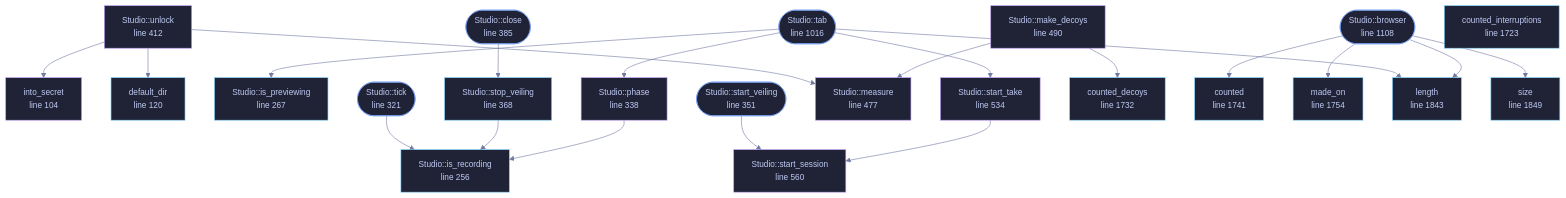
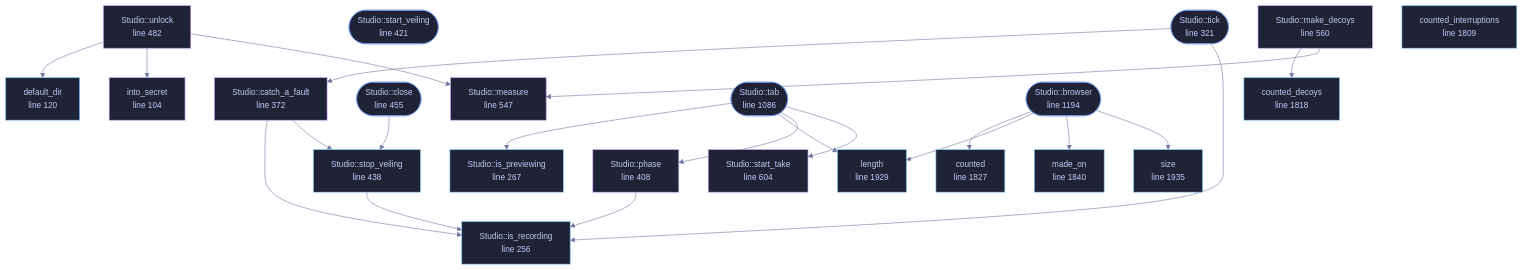
One commit to tilas01/veilvoice changed the diagram in wiki/File-veilvoice-gui-studio.md. Above: the diagram before and after it, drawn with Mermaid. The commit also changed other lines of this file and 23 other files, not shown here.

First line of the commit message:
studio: a failsafe of its own, and a take that says what it keeps

````diff
--- a/wiki/File-veilvoice-gui-studio.md
+++ b/wiki/File-veilvoice-gui-studio.md
@@ -156,73 +156,74 @@
 ```mermaid
 %%{init: {"theme":"base","themeVariables":{"background":"#1a1b26","primaryColor":"#1f2335","primaryTextColor":"#c0caf5","primaryBorderColor":"#7aa2f7","secondaryColor":"#16161e","tertiaryColor":"#16161e","lineColor":"#737aa2","textColor":"#c0caf5","mainBkg":"#1f2335","nodeBorder":"#7aa2f7","clusterBkg":"#16161e","clusterBorder":"#2f3549","fontFamily":"ui-monospace, SFMono-Regular, Consolas, monospace","fontSize":"14px"}}}%%
 flowchart TD
     n_into_secret["into_secret<br/>line 104"]
     n_default_dir["default_dir<br/>line 120"]
     n_is_recording["Studio::is_recording<br/>line 256"]
     n_is_previewing["Studio::is_previewing<br/>line 267"]
     n_tick(["Studio::tick<br/>line 321"])
-    n_phase["Studio::phase<br/>line 338"]
-    n_start_veiling(["Studio::start_veiling<br/>line 351"])
-    n_stop_veiling["Studio::stop_veiling<br/>line 368"]
-    n_close(["Studio::close<br/>line 385"])
-    n_unlock["Studio::unlock<br/>line 412"]
-    n_measure["Studio::measure<br/>line 477"]
-    n_make_decoys["Studio::make_decoys<br/>line 490"]
-    n_start_take["Studio::start_take<br/>line 534"]
-    n_start_session["Studio::start_session<br/>line 560"]
-    n_tab(["Studio::tab<br/>line 1016"])
-    n_browser(["Studio::browser<br/>line 1108"])
-    n_counted_interruptions["counted_interruptions<br/>line 1723"]
-    n_counted_decoys["counted_decoys<br/>line 1732"]
-    n_counted["counted<br/>line 1741"]
-    n_made_on["made_on<br/>line 1754"]
-    n_length["length<br/>line 1843"]
-    n_size["size<br/>line 1849"]
+    n_catch_a_fault["Studio::catch_a_fault<br/>line 372"]
+    n_phase["Studio::phase<br/>line 408"]
+    n_start_veiling(["Studio::start_veiling<br/>line 421"])
+    n_stop_veiling["Studio::stop_veiling<br/>line 438"]
+    n_close(["Studio::close<br/>line 455"])
+    n_unlock["Studio::unlock<br/>line 482"]
+    n_measure["Studio::measure<br/>line 547"]
+    n_make_decoys["Studio::make_decoys<br/>line 560"]
+    n_start_take["Studio::start_take<br/>line 604"]
+    n_tab(["Studio::tab<br/>line 1086"])
+    n_browser(["Studio::browser<br/>line 1194"])
+    n_counted_interruptions["counted_interruptions<br/>line 1809"]
+    n_counted_decoys["counted_decoys<br/>line 1818"]
+    n_counted["counted<br/>line 1827"]
+    n_made_on["made_on<br/>line 1840"]
+    n_length["length<br/>line 1929"]
+    n_size["size<br/>line 1935"]
     n_browser --> n_counted
     n_browser --> n_length
     n_browser --> n_made_on
     n_browser --> n_size
+    n_catch_a_fault --> n_is_recording
+    n_catch_a_fault --> n_stop_veiling
     n_close --> n_stop_veiling
     n_make_decoys --> n_counted_decoys
     n_make_decoys --> n_measure
     n_phase --> n_is_recording
-    n_start_take --> n_start_session
-    n_start_veiling --> n_start_session
     n_stop_veiling --> n_is_recording
     n_tab --> n_is_previewing
     n_tab --> n_length
     n_tab --> n_phase
     n_tab --> n_start_take
+    n_tick --> n_catch_a_fault
     n_tick --> n_is_recording
     n_unlock --> n_default_dir
     n_unlock --> n_into_secret
     n_unlock --> n_measure
     click n_into_secret href "https://github.com/tilas01/veilvoice/blob/main/crates/veilvoice-gui/src/studio.rs#L104" "open the source"
     click n_default_dir href "https://github.com/tilas01/veilvoice/blob/main/crates/veilvoice-gui/src/studio.rs#L120" "open the source"
     click n_is_recording href "https://github.com/tilas01/veilvoice/blob/main/crates/veilvoice-gui/src/studio.rs#L256" "open the source"
     click n_is_previewing href "https://github.com/tilas01/veilvoice/blob/main/crates/veilvoice-gui/src/studio.rs#L267" "open the source"
     click n_tick href "https://github.com/tilas01/veilvoice/blob/main/crates/veilvoice-gui/src/studio.rs#L321" "open the source"
-    click n_phase href "https://github.com/tilas01/veilvoice/blob/main/crates/veilvoice-gui/src/studio.rs#L338" "open the source"
-    click n_start_veiling href "https://github.com/tilas01/veilvoice/blob/main/crates/veilvoice-gui/src/studio.rs#L351" "open the source"
-    click n_stop_veiling href "https://github.com/tilas01/veilvoice/blob/main/crates/veilvoice-gui/src/studio.rs#L368" "open the source"
-    click n_close href "https://github.com/tilas01/veilvoice/blob/main/crates/veilvoice-gui/src/studio.rs#L385" "open the source"
-    click n_unlock href "https://github.com/tilas01/veilvoice/blob/main/crates/veilvoice-gui/src/studio.rs#L412" "open the source"
-    click n_measure href "https://github.com/tilas01/veilvoice/blob/main/crates/veilvoice-gui/src/studio.rs#L477" "open the source"
-    click n_make_decoys href "https://github.com/tilas01/veilvoice/blob/main/crates/veilvoice-gui/src/studio.rs#L490" "open the source"
-    click n_start_take href "https://github.com/tilas01/veilvoice/blob/main/crates/veilvoice-gui/src/studio.rs#L534" "open the source"
-    click n_start_session href "https://github.com/tilas01/veilvoice/blob/main/crates/veilvoice-gui/src/studio.rs#L560" "open the source"
-    click n_tab href "https://github.com/tilas01/veilvoice/blob/main/crates/veilvoice-gui/src/studio.rs#L1016" "open the source"
-    click n_browser href "https://github.com/tilas01/veilvoice/blob/main/crates/veilvoice-gui/src/studio.rs#L1108" "open the source"
-    click n_counted_interruptions href "https://github.com/tilas01/veilvoice/blob/main/crates/veilvoice-gui/src/studio.rs#L1723" "open the source"
-    click n_counted_decoys href "https://github.com/tilas01/veilvoice/blob/main/crates/veilvoice-gui/src/studio.rs#L1732" "open the source"
-    click n_counted href "https://github.com/tilas01/veilvoice/blob/main/crates/veilvoice-gui/src/studio.rs#L1741" "open the source"
-    click n_made_on href "https://github.com/tilas01/veilvoice/blob/main/crates/veilvoice-gui/src/studio.rs#L1754" "open the source"
-    click n_length href "https://github.com/tilas01/veilvoice/blob/main/crates/veilvoice-gui/src/studio.rs#L1843" "open the source"
-    click n_size href "https://github.com/tilas01/veilvoice/blob/main/crates/veilvoice-gui/src/studio.rs#L1849" "open the source"
+    click n_catch_a_fault href "https://github.com/tilas01/veilvoice/blob/main/crates/veilvoice-gui/src/studio.rs#L372" "open the source"
+    click n_phase href "https://github.com/tilas01/veilvoice/blob/main/crates/veilvoice-gui/src/studio.rs#L408" "open the source"
+    click n_start_veiling href "https://github.com/tilas01/veilvoice/blob/main/crates/veilvoice-gui/src/studio.rs#L421" "open the source"
+    click n_stop_veiling href "https://github.com/tilas01/veilvoice/blob/main/crates/veilvoice-gui/src/studio.rs#L438" "open the source"
+    click n_close href "https://github.com/tilas01/veilvoice/blob/main/crates/veilvoice-gui/src/studio.rs#L455" "open the source"
+    click n_unlock href "https://github.com/tilas01/veilvoice/blob/main/crates/veilvoice-gui/src/studio.rs#L482" "open the source"
+    click n_measure href "https://github.com/tilas01/veilvoice/blob/main/crates/veilvoice-gui/src/studio.rs#L547" "open the source"
+    click n_make_decoys href "https://github.com/tilas01/veilvoice/blob/main/crates/veilvoice-gui/src/studio.rs#L560" "open the source"
+    click n_start_take href "https://github.com/tilas01/veilvoice/blob/main/crates/veilvoice-gui/src/studio.rs#L604" "open the source"
+    click n_tab href "https://github.com/tilas01/veilvoice/blob/main/crates/veilvoice-gui/src/studio.rs#L1086" "open the source"
+    click n_browser href "https://github.com/tilas01/veilvoice/blob/main/crates/veilvoice-gui/src/studio.rs#L1194" "open the source"
+    click n_counted_interruptions href "https://github.com/tilas01/veilvoice/blob/main/crates/veilvoice-gui/src/studio.rs#L1809" "open the source"
+    click n_counted_decoys href "https://github.com/tilas01/veilvoice/blob/main/crates/veilvoice-gui/src/studio.rs#L1818" "open the source"
+    click n_counted href "https://github.com/tilas01/veilvoice/blob/main/crates/veilvoice-gui/src/studio.rs#L1827" "open the source"
+    click n_made_on href "https://github.com/tilas01/veilvoice/blob/main/crates/veilvoice-gui/src/studio.rs#L1840" "open the source"
+    click n_length href "https://github.com/tilas01/veilvoice/blob/main/crates/veilvoice-gui/src/studio.rs#L1929" "open the source"
+    click n_size href "https://github.com/tilas01/veilvoice/blob/main/crates/veilvoice-gui/src/studio.rs#L1935" "open the source"
     classDef entry fill:#1f2335,stroke:#7aa2f7,color:#c0caf5
     class n_tick,n_start_veiling,n_close,n_tab,n_browser entry
     classDef api fill:#1f2335,stroke:#7dcfff,color:#c0caf5
     class n_default_dir,n_is_recording,n_is_previewing,n_stop_veiling,n_counted_interruptions,n_counted_decoys,n_counted,n_made_on,n_length,n_size api
     classDef helper fill:#1f2335,stroke:#bb9af7,color:#c0caf5
-    class n_into_secret,n_phase,n_unlock,n_measure,n_make_decoys,n_start_take,n_start_session helper
+    class n_into_secret,n_catch_a_fault,n_phase,n_unlock,n_measure,n_make_decoys,n_start_take helper
 ```
````
